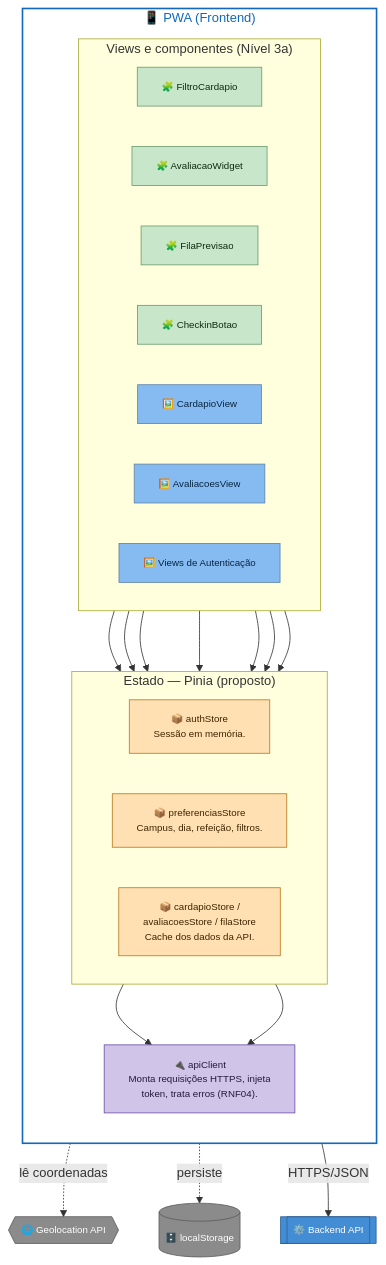
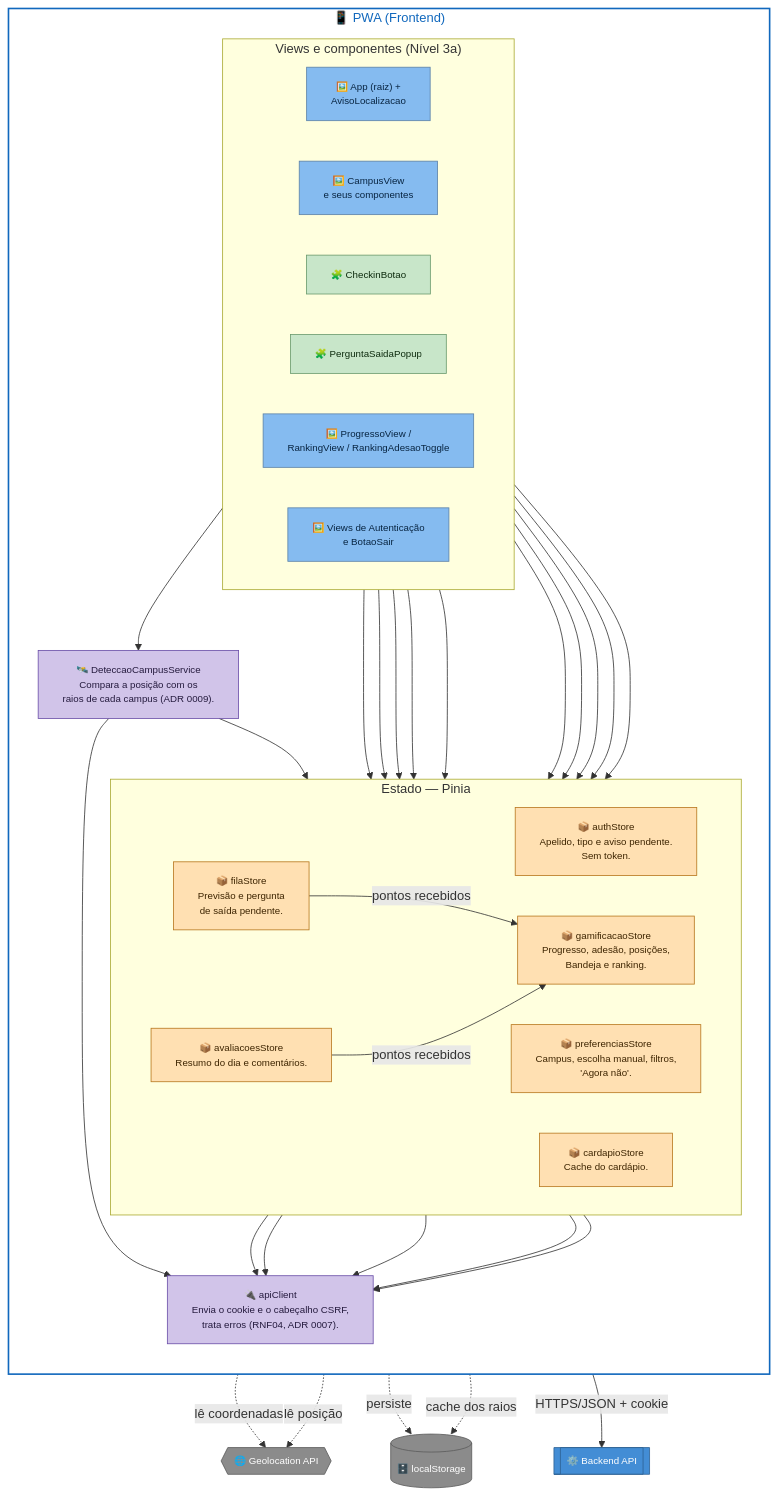
One commit to unb-mds/2026-2-Bandejao-UnB changed the fourth of 11 diagrams in docs/arquitetura/front-end/c4-niveis-3-4-frontend-bandejao.md. Above: the diagram before and after it, drawn with Mermaid. The commit also changed other lines of this file, not shown here.

```diff
--- a/docs/arquitetura/front-end/c4-niveis-3-4-frontend-bandejao.md
+++ b/docs/arquitetura/front-end/c4-niveis-3-4-frontend-bandejao.md
@@ -361,49 +372,78 @@
     direction TB
     subgraph origem["Views e componentes (Nível 3a)"]
       direction LR
-      filtroCardapio["🧩 FiltroCardapio"]
-      avaliacaoWidget["🧩 AvaliacaoWidget"]
-      filaPrevisao["🧩 FilaPrevisao"]
+      app["🖼️ App (raiz) +
+AvisoLocalizacao"]
+      campusView["🖼️ CampusView
+e seus componentes"]
       checkinBotao["🧩 CheckinBotao"]
-      cardapioView["🖼️ CardapioView"]
-      avaliacoesView["🖼️ AvaliacoesView"]
-      authViews["🖼️ Views de Autenticação"]
+      perguntaSaida["🧩 PerguntaSaidaPopup"]
+      gamificacaoViews["🖼️ ProgressoView /
+RankingView / RankingAdesaoToggle"]
+      authViews["🖼️ Views de Autenticação
+e BotaoSair"]
     end
 
-    subgraph stores["Estado — Pinia (proposto)"]
+    subgraph stores["Estado — Pinia"]
       direction LR
       authStore["📦 authStore
-Sessão em memória."]
+Apelido, tipo e aviso pendente.
+Sem token."]
       preferenciasStore["📦 preferenciasStore
-Campus, dia, refeição, filtros."]
-      dadosStore["📦 cardapioStore /
-avaliacoesStore / filaStore
-Cache dos dados da API."]
+Campus, escolha manual, filtros,
+'Agora não'."]
+      cardapioStore["📦 cardapioStore
+Cache do cardápio."]
+      avaliacoesStore["📦 avaliacoesStore
+Resumo do dia e comentários."]
+      filaStore["📦 filaStore
+Previsão e pergunta
+de saída pendente."]
+      gamificacaoStore["📦 gamificacaoStore
+Progresso, adesão, posições,
+Bandeja e ranking."]
     end
 
+    deteccao["🛰️ DeteccaoCampusService
+Compara a posição com os
+raios de cada campus (ADR 0009)."]
     apiClient["🔌 apiClient
-Monta requisições HTTPS, injeta
-token, trata erros (RNF04)."]
+Envia o cookie e o cabeçalho CSRF,
+trata erros (RNF04, ADR 0007)."]
   end
 
   geo{{"🌐 Geolocation API"}}
   localstorage[("🗄️ localStorage")]
   backend[["⚙️ Backend API"]]
 
-  filtroCardapio --> preferenciasStore
+  app --> deteccao
+  app --> authStore
+  app --> filaStore
+  campusView --> preferenciasStore
+  campusView --> cardapioStore
+  campusView --> avaliacoesStore
+  campusView --> filaStore
+  checkinBotao --> filaStore
+  perguntaSaida --> filaStore
+  gamificacaoViews --> gamificacaoStore
   authViews --> authStore
-  cardapioView --> dadosStore
-  avaliacaoWidget --> dadosStore
-  filaPrevisao --> dadosStore
-  avaliacoesView --> dadosStore
-  checkinBotao --> dadosStore
+
   checkinBotao -.->|"lê coordenadas"| geo
+  deteccao -.->|"lê posição"| geo
+  deteccao --> preferenciasStore
+  preferenciasStore -.->|"persiste"| localstorage
+  deteccao -.->|"cache dos raios"| localstorage
 
-  preferenciasStore -.->|"persiste"| localstorage
+  filaStore -->|"pontos recebidos"| gamificacaoStore
+  avaliacoesStore -->|"pontos recebidos"| gamificacaoStore
 
   authStore --> apiClient
-  dadosStore --> apiClient
-  apiClient -->|"HTTPS/JSON"| backend
+  cardapioStore --> apiClient
+  avaliacoesStore --> apiClient
+  filaStore --> apiClient
+  gamificacaoStore --> apiClient
+  deteccao --> apiClient
+  apiClient -->|"HTTPS/JSON + cookie"| backend
 
   classDef view fill:#85bbf0,stroke:#5d82a8,color:#082542,font-size:12px
   classDef component fill:#c8e6c9,stroke:#6b9b6e,color:#0d2b0e,font-size:12px
@@ -413,10 +453,10 @@
   classDef container fill:#438dd5,stroke:#2e6295,color:#fff,font-size:12px
   classDef boundary fill:#ffffff,stroke:#1168bd,stroke-width:2px,color:#1168bd
 
-  class cardapioView,avaliacoesView,authViews view
-  class filtroCardapio,avaliacaoWidget,filaPrevisao,checkinBotao component
-  class authStore,preferenciasStore,dadosStore store
-  class apiClient service
+  class app,campusView,gamificacaoViews,authViews view
+  class checkinBotao,perguntaSaida component
+  class authStore,preferenciasStore,cardapioStore,avaliacoesStore,filaStore,gamificacaoStore store
+  class deteccao,apiClient service
   class geo,localstorage external
   class backend container
   class frontend boundary
```
